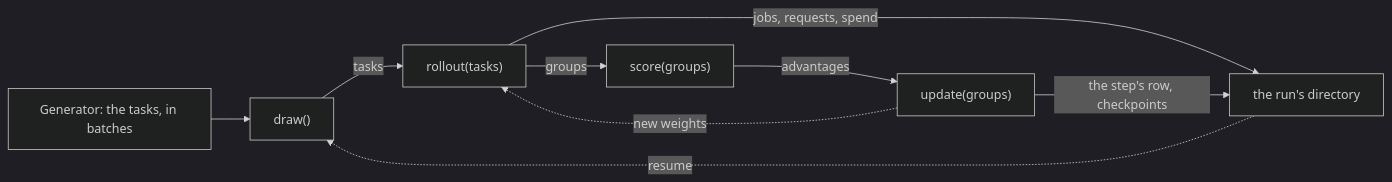
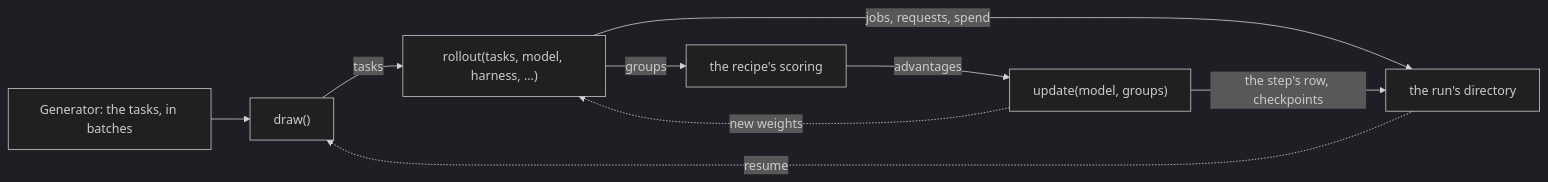
One commit to ghidav/shipyard changed the diagram in src/shipyard/run/README.md. Above: the diagram before and after it, drawn with Mermaid (dark theme). The commit also changed other lines of this file and 111 other files, not shown here.

````diff
--- a/src/shipyard/run/README.md
+++ b/src/shipyard/run/README.md
@@ -5,11 +5,11 @@
 ```mermaid
 flowchart LR
     data["Generator: the tasks, in batches"] --> draw["draw()"]
-    draw -->|tasks| rollout["rollout(tasks)"]
-    rollout -->|groups| score["score(groups)"]
-    score -->|advantages| update["update(groups)"]
+    draw -->|tasks| rollout["rollout(tasks, model, harness, ...)"]
+    rollout -->|groups| score["the recipe's scoring"]
+    score -->|advantages| update["update(model, groups)"]
     update -.->|new weights| rollout
     rollout -->|"jobs, requests, spend"| dir["the run's directory"]
     update -->|"the step's row, checkpoints"| dir
     dir -.->|resume| draw
 ```
````
